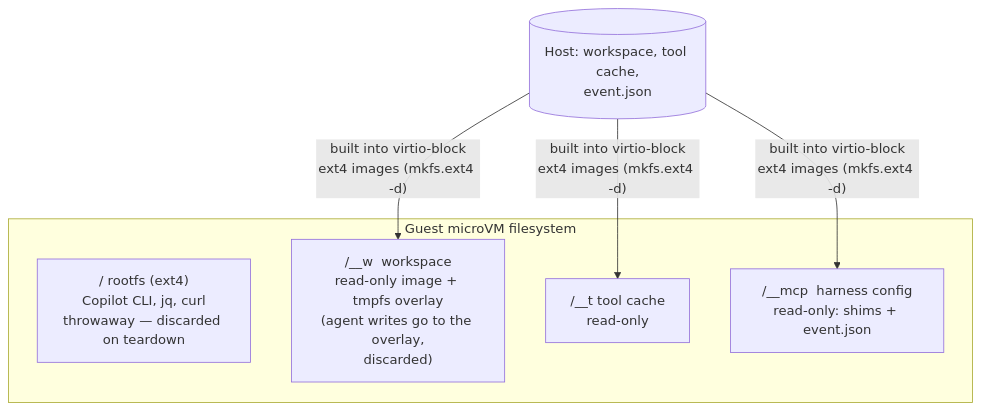
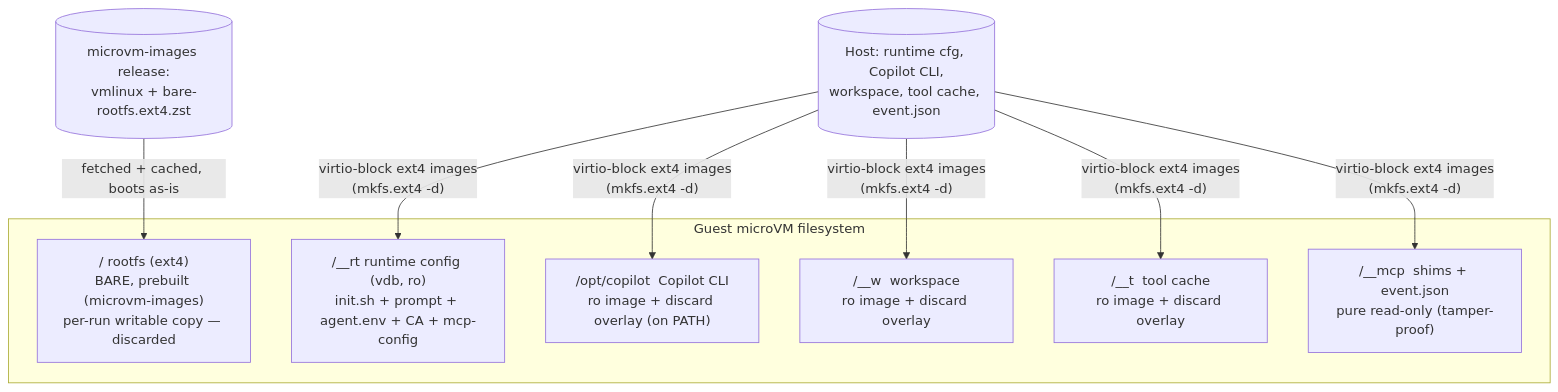
Before and after one commit to ericsciple/microvm-agent: the fifth of 6 diagrams in docs/architecture.md, drawn with Mermaid. The commit also changed other lines of this file and 10 other files, not shown here.

````diff
--- a/docs/architecture.md
+++ b/docs/architecture.md
@@ -188,10 +188,13 @@
 ```mermaid
 flowchart TB
   subgraph VM["Guest microVM filesystem"]
-    ROOT["/ rootfs (ext4)<br/>Copilot CLI, jq, curl<br/>throwaway — discarded on teardown"]
-    W["/__w  workspace<br/>read-only image + tmpfs overlay<br/>(agent writes go to the overlay,<br/>discarded)"]
-    T["/__t  tool cache<br/>read-only"]
-    MCP["/__mcp  harness config<br/>read-only: shims + event.json"]
+    ROOT["/ rootfs (ext4)<br/>BARE, prebuilt (microvm-images)<br/>per-run writable copy — discarded"]
+    RT["/__rt runtime config (vdb, ro)<br/>init.sh + prompt + agent.env + CA + mcp-config"]
+    CP["/opt/copilot  Copilot CLI<br/>ro image + discard overlay (on PATH)"]
+    W["/__w  workspace<br/>ro image + discard overlay"]
+    T["/__t  tool cache<br/>ro image + discard overlay"]
+    MCP["/__mcp  shims + event.json<br/>pure read-only (tamper-proof)"]
   end
-  HOSTFS[("Host: workspace, tool cache,<br/>event.json")] -->|"built into virtio-block<br/>ext4 images (mkfs.ext4 -d)"| W & T & MCP
+  IMAGES[("microvm-images release:<br/>vmlinux + bare-rootfs.ext4.zst")] -->|fetched + cached, boots as-is| ROOT
+  HOSTFS[("Host: runtime cfg, Copilot CLI,<br/>workspace, tool cache, event.json")] -->|"virtio-block ext4 images<br/>(mkfs.ext4 -d)"| RT & CP & W & T & MCP
 ```
````
